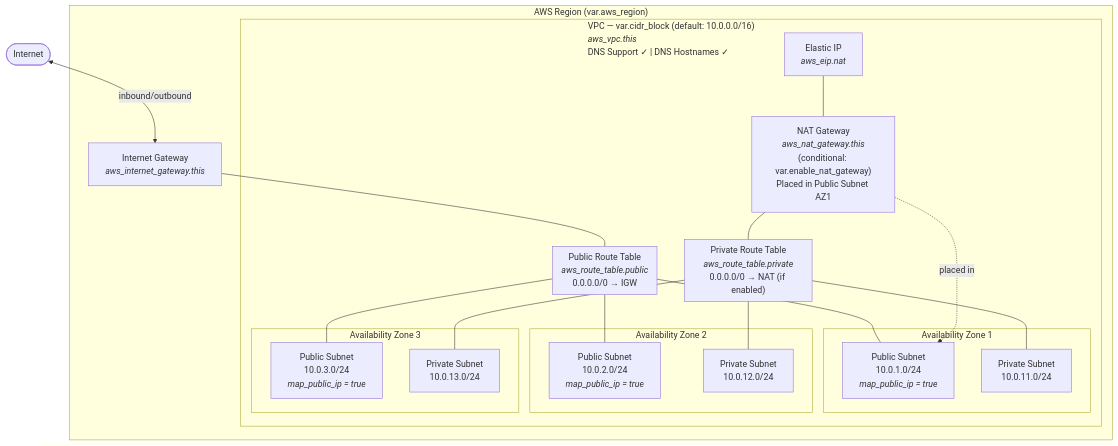
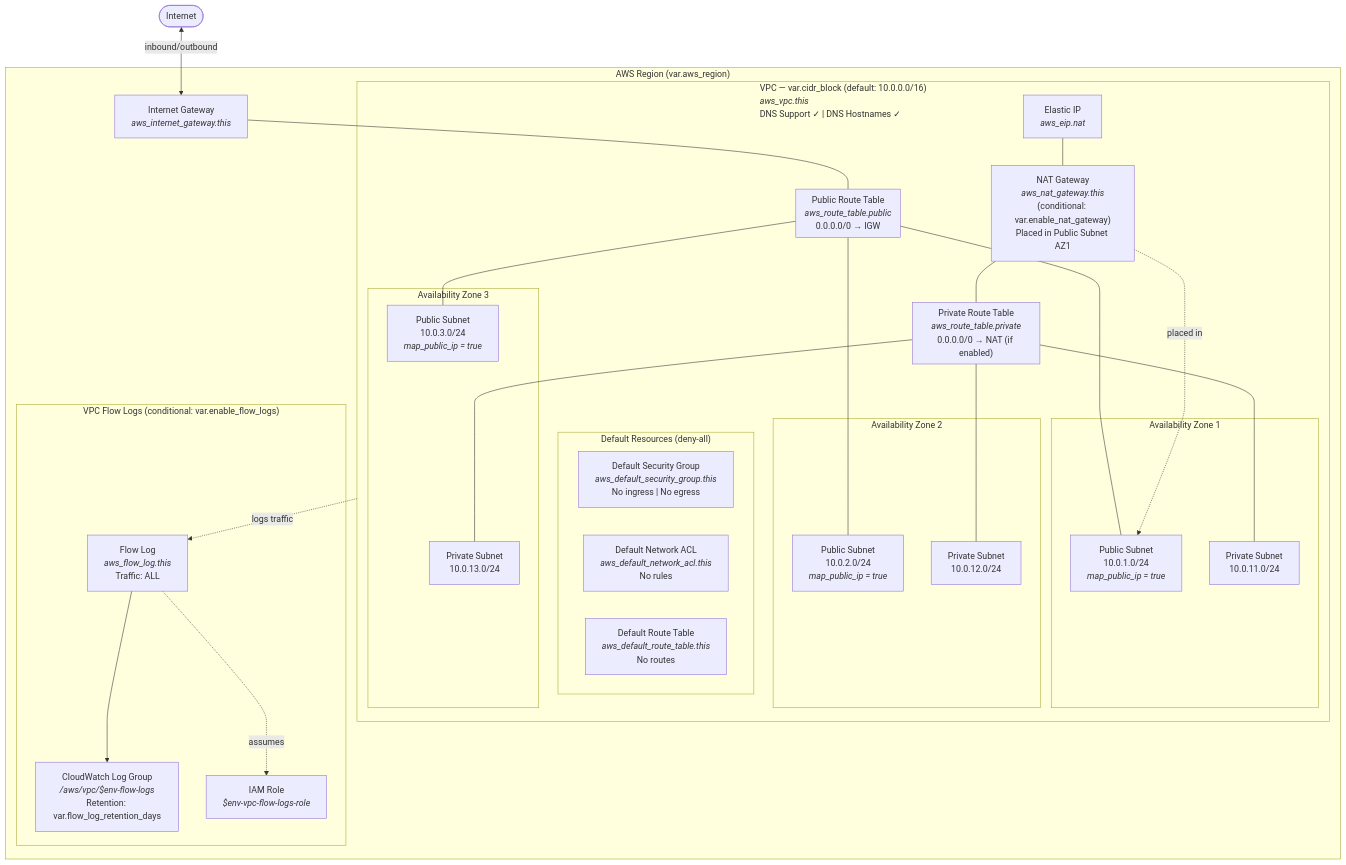
Before and after one commit to jsandov/cloud-voyager-infra: the first of 2 diagrams in docs/architecture.md, drawn with Mermaid. The commit also changed other lines of this file, not shown here.

Commit message:
Update architecture diagram with flow logs, default resources, and security groups

````diff
--- a/docs/architecture.md
+++ b/docs/architecture.md
@@ -7,54 +7,66 @@
 ```mermaid
 flowchart TB
     Internet(["Internet"])
 
     subgraph AWS["AWS Region (var.aws_region)"]
         IGW["Internet Gateway<br/><i>aws_internet_gateway.this</i>"]
 
         subgraph VPC["VPC — var.cidr_block (default: 10.0.0.0/16)<br/><i>aws_vpc.this</i><br/>DNS Support ✓ | DNS Hostnames ✓"]
+
+            subgraph Defaults["Default Resources (deny-all)"]
+                DefSG["Default Security Group<br/><i>aws_default_security_group.this</i><br/>No ingress | No egress"]
+                DefNACL["Default Network ACL<br/><i>aws_default_network_acl.this</i><br/>No rules"]
+                DefRT["Default Route Table<br/><i>aws_default_route_table.this</i><br/>No routes"]
+            end
 
             subgraph PublicRT["Public Route Table<br/><i>aws_route_table.public</i><br/>0.0.0.0/0 → IGW"]
             end
 
             subgraph PrivateRT["Private Route Table<br/><i>aws_route_table.private</i><br/>0.0.0.0/0 → NAT (if enabled)"]
             end
 
             subgraph AZ1["Availability Zone 1"]
                 PubSub1["Public Subnet<br/>10.0.1.0/24<br/><i>map_public_ip = true</i>"]
                 PrivSub1["Private Subnet<br/>10.0.11.0/24"]
             end
 
             subgraph AZ2["Availability Zone 2"]
                 PubSub2["Public Subnet<br/>10.0.2.0/24<br/><i>map_public_ip = true</i>"]
                 PrivSub2["Private Subnet<br/>10.0.12.0/24"]
             end
 
             subgraph AZ3["Availability Zone 3"]
                 PubSub3["Public Subnet<br/>10.0.3.0/24<br/><i>map_public_ip = true</i>"]
                 PrivSub3["Private Subnet<br/>10.0.13.0/24"]
             end
 
             NAT["NAT Gateway<br/><i>aws_nat_gateway.this</i><br/>(conditional: var.enable_nat_gateway)<br/>Placed in Public Subnet AZ1"]
             EIP["Elastic IP<br/><i>aws_eip.nat</i>"]
         end
+
+        subgraph FlowLogs["VPC Flow Logs (conditional: var.enable_flow_logs)"]
+            FL["Flow Log<br/><i>aws_flow_log.this</i><br/>Traffic: ALL"]
+            CWLog["CloudWatch Log Group<br/><i>/aws/vpc/$env-flow-logs</i><br/>Retention: var.flow_log_retention_days"]
+            FLRole["IAM Role<br/><i>$env-vpc-flow-logs-role</i>"]
+        end
     end
 
-    %% Internet to VPC
     Internet <-->|"inbound/outbound"| IGW
     IGW --- PublicRT
 
-    %% Public route table associations
     PublicRT --- PubSub1
     PublicRT --- PubSub2
     PublicRT --- PubSub3
 
-    %% NAT Gateway
     EIP --- NAT
     NAT -.->|"placed in"| PubSub1
     NAT --- PrivateRT
 
-    %% Private route table associations
     PrivateRT --- PrivSub1
     PrivateRT --- PrivSub2
     PrivateRT --- PrivSub3
+
+    VPC -.->|"logs traffic"| FL
+    FL --> CWLog
+    FL -.->|"assumes"| FLRole
 ```
````
